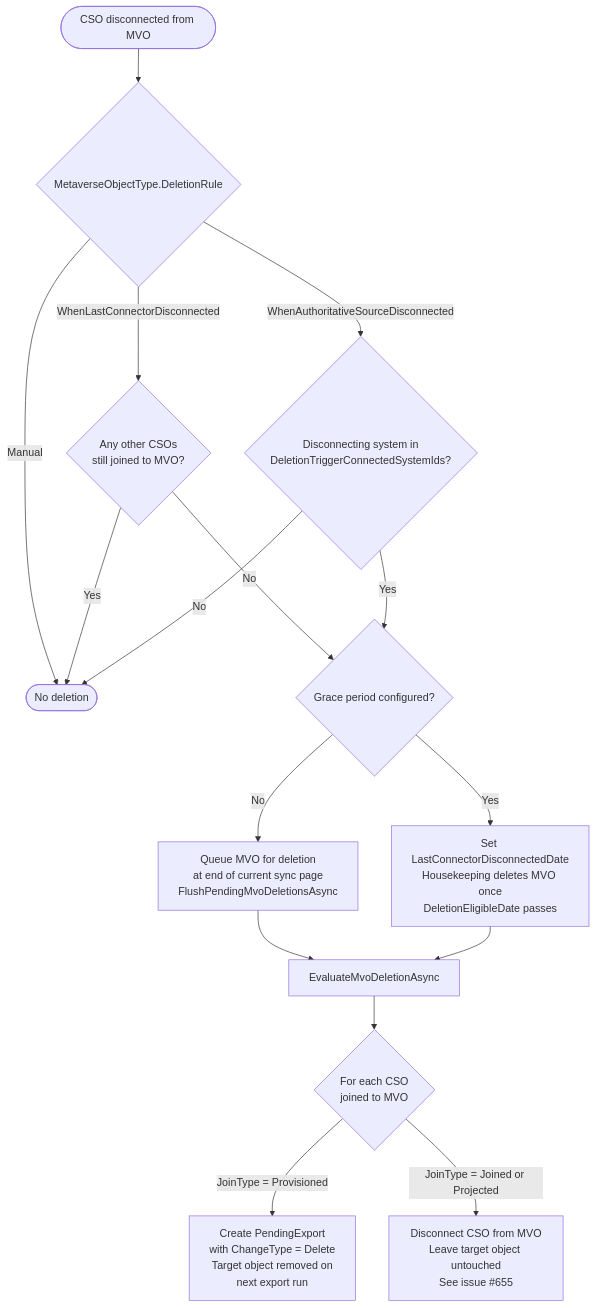
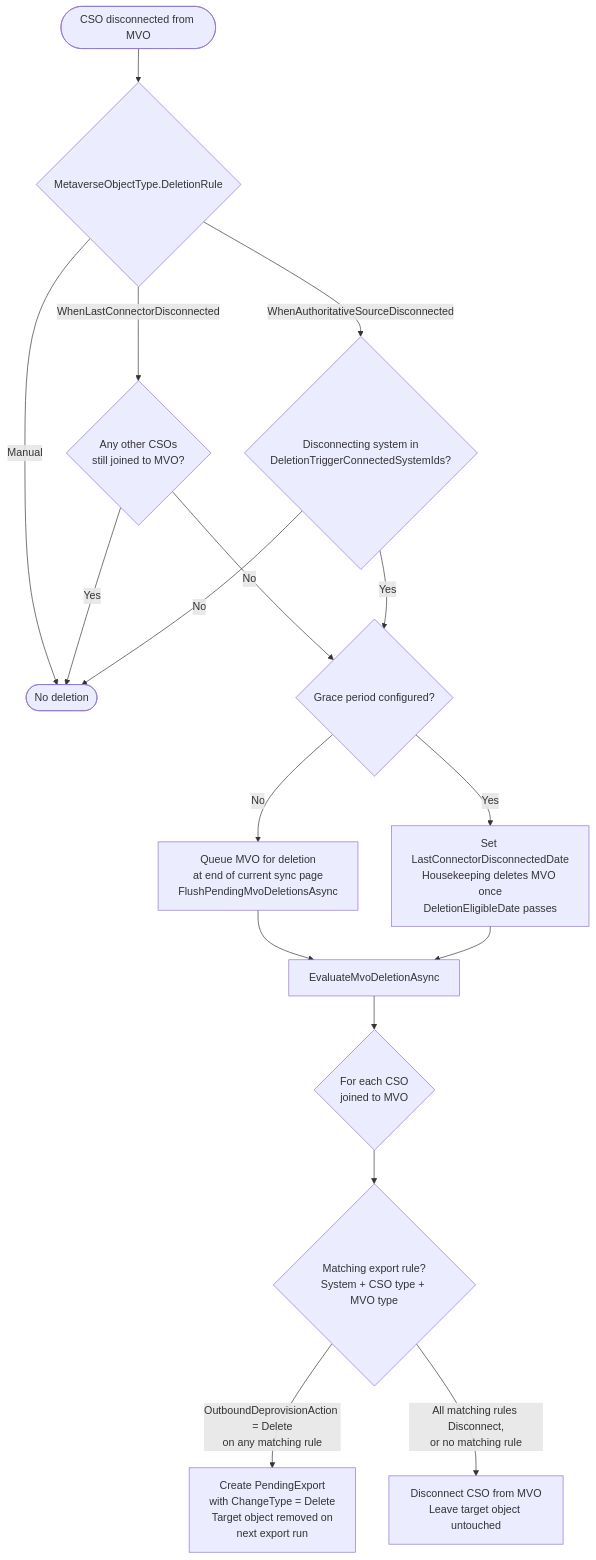
One commit to TetronIO/JIM changed the third of 4 diagrams in engineering/SYNC_RULE_SCOPING.md. Above: the diagram before and after it, drawn with Mermaid. The commit also changed other lines of this file and 8 other files, not shown here.

````diff
--- a/engineering/SYNC_RULE_SCOPING.md
+++ b/engineering/SYNC_RULE_SCOPING.md
@@ -93,23 +93,24 @@
 ```mermaid
 flowchart TD
     Start([CSO disconnected from MVO]) --> Rule{MetaverseObjectType.DeletionRule}
 
     Rule -->|Manual| NoDelete([No deletion])
     Rule -->|WhenLastConnectorDisconnected| LastCheck{Any other CSOs<br/>still joined to MVO?}
     Rule -->|WhenAuthoritativeSourceDisconnected| AuthCheck{Disconnecting system in<br/>DeletionTriggerConnectedSystemIds?}
 
     LastCheck -->|Yes| NoDelete
     LastCheck -->|No| Grace{Grace period configured?}
     AuthCheck -->|No| NoDelete
     AuthCheck -->|Yes| Grace
 
     Grace -->|No| Immediate[Queue MVO for deletion<br/>at end of current sync page<br/>FlushPendingMvoDeletionsAsync]
     Grace -->|Yes| Deferred[Set LastConnectorDisconnectedDate<br/>Housekeeping deletes MVO once<br/>DeletionEligibleDate passes]
 
     Immediate --> Evaluate[EvaluateMvoDeletionAsync]
     Deferred --> Evaluate
 
     Evaluate --> PerCso{For each CSO<br/>joined to MVO}
-    PerCso -->|JoinType = Provisioned| CreateDelete[Create PendingExport<br/>with ChangeType = Delete<br/>Target object removed on<br/>next export run]
-    PerCso -->|JoinType = Joined or Projected| DisconnectOnly[Disconnect CSO from MVO<br/>Leave target object untouched<br/>See issue #655]
+    PerCso --> Match{Matching export rule?<br/>System + CSO type + MVO type}
+    Match -->|OutboundDeprovisionAction = Delete<br/>on any matching rule| CreateDelete[Create PendingExport<br/>with ChangeType = Delete<br/>Target object removed on<br/>next export run]
+    Match -->|All matching rules Disconnect,<br/>or no matching rule| DisconnectOnly[Disconnect CSO from MVO<br/>Leave target object untouched]
 ```
````
